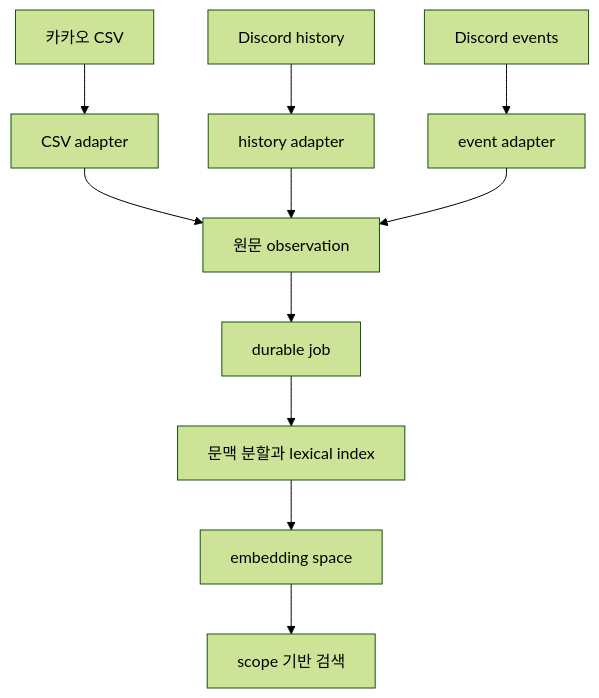
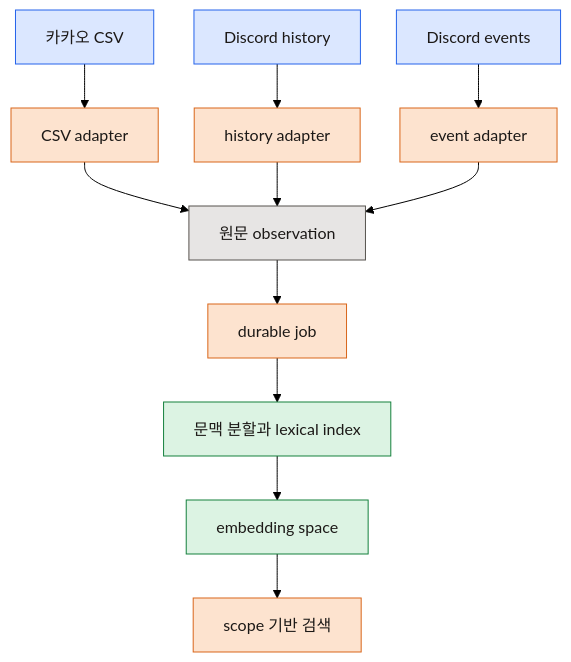
The diagram in docs/RAW_DATA_POLICY.md (kim0040/masamong2), drawn with Mermaid (forest theme) before and after one commit. The commit also changed 5 other files, not shown here.

Commit message:
docs: the Mermaid diagrams share one class palette with explicit text colours, run top-down to fit the page, and the sequence diagram is narrower

````diff
--- a/docs/RAW_DATA_POLICY.md
+++ b/docs/RAW_DATA_POLICY.md
@@ -27,13 +27,24 @@
 ```mermaid
+%%{init: {"flowchart": {"curve": "basis", "nodeSpacing": 36, "rankSpacing": 44}}}%%
 flowchart TD
     KC[카카오 CSV] --> KA[CSV adapter]
     DH[Discord history] --> DA[history adapter]
     DE[Discord events] --> EA[event adapter]
     KA --> R[원문 observation]
     DA --> R
     EA --> R
     R --> J[durable job]
     J --> W[문맥 분할과 lexical index]
     W --> E[embedding space]
     E --> Q[scope 기반 검색]
+
+    classDef entry fill:#dbe7ff,stroke:#2563eb,color:#1c1917
+    classDef core fill:#fde3cf,stroke:#d9661a,color:#1c1917
+    classDef memory fill:#dcf3e3,stroke:#15803d,color:#1c1917
+    classDef external fill:#ebe2fd,stroke:#7c3aed,color:#1c1917
+    classDef store fill:#e7e5e4,stroke:#57534e,color:#1c1917
+    class KC,DH,DE entry
+    class KA,DA,EA,J,Q core
+    class W,E memory
+    class R store
 ```
````
